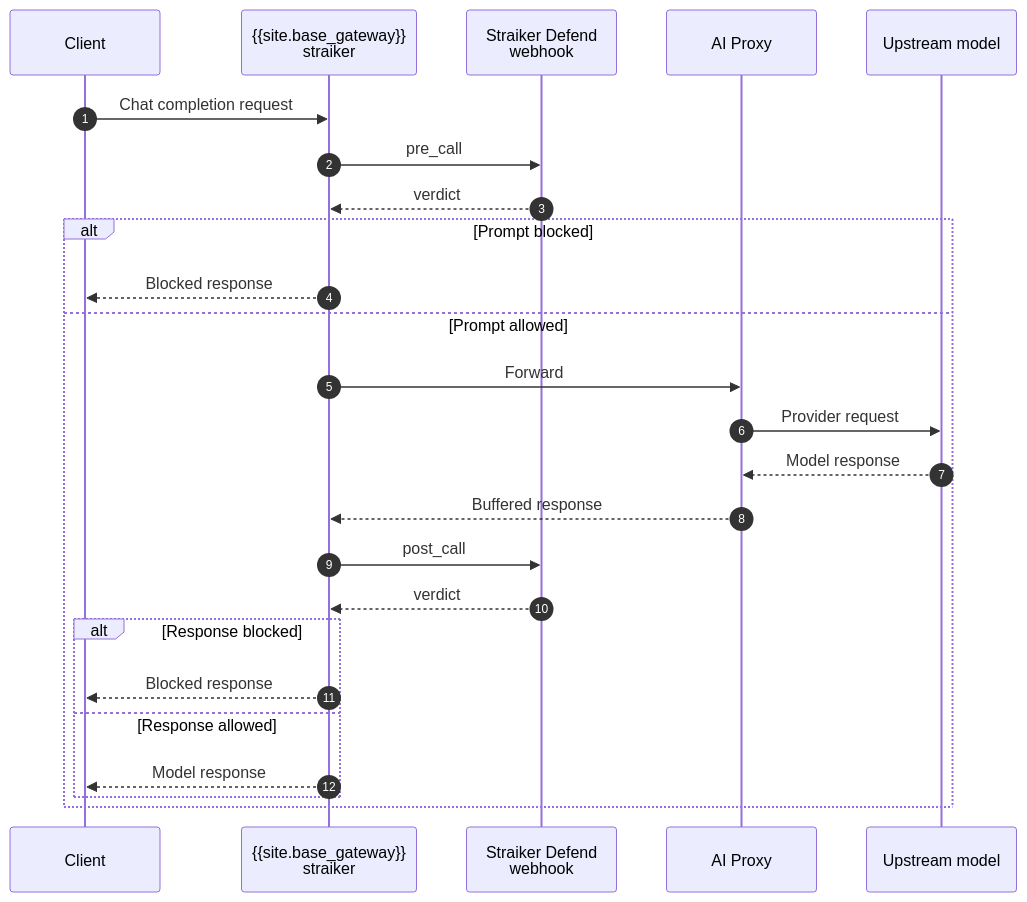
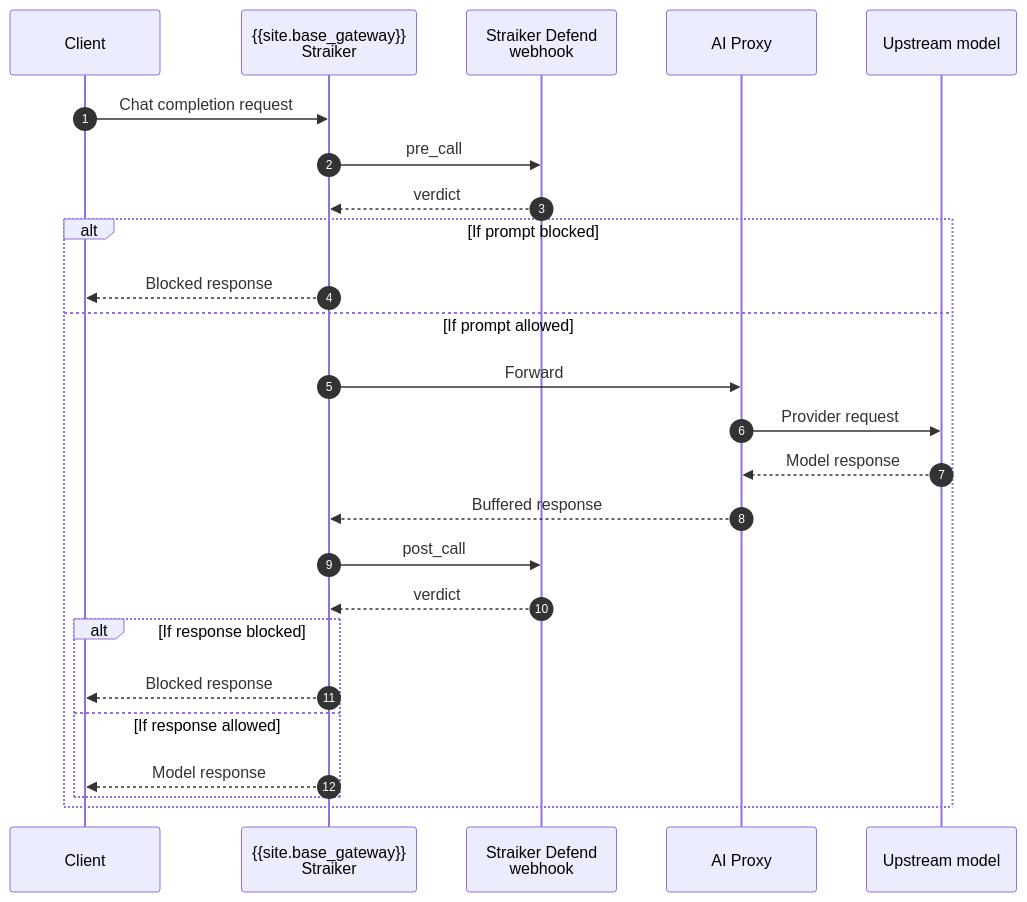
The diagram in app/_kong_plugins/straiker/index.md (Kong/developer.konghq.com), drawn with Mermaid before and after one commit. The commit also changed other lines of this file and 5 other files, not shown here.

```diff
--- a/app/_kong_plugins/straiker/index.md
+++ b/app/_kong_plugins/straiker/index.md
@@ -80,29 +80,29 @@
 {% mermaid %}
 sequenceDiagram
     autonumber
     participant Client
-    participant Plugin as {{site.base_gateway}}<br/>straiker
+    participant Plugin as {{site.base_gateway}}<br/>Straiker
     participant Defend as Straiker Defend<br/>webhook
     participant Proxy as AI Proxy
     participant LLM as Upstream model
 
     Client->>Plugin: Chat completion request
     Plugin->>Defend: pre_call
     Defend-->>Plugin: verdict
 
-    alt Prompt blocked
+    alt If prompt blocked
         Plugin-->>Client: Blocked response
-    else Prompt allowed
+    else If prompt allowed
         Plugin->>Proxy: Forward
         Proxy->>LLM: Provider request
         LLM-->>Proxy: Model response
         Proxy-->>Plugin: Buffered response
         Plugin->>Defend: post_call
         Defend-->>Plugin: verdict
-        alt Response blocked
+        alt If response blocked
             Plugin-->>Client: Blocked response
-        else Response allowed
+        else If response allowed
             Plugin-->>Client: Model response
         end
     end
 {% endmermaid %}
```
